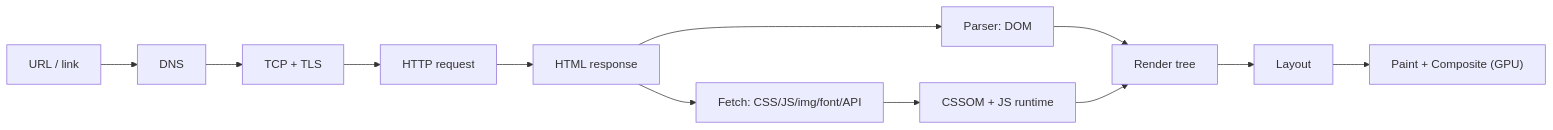
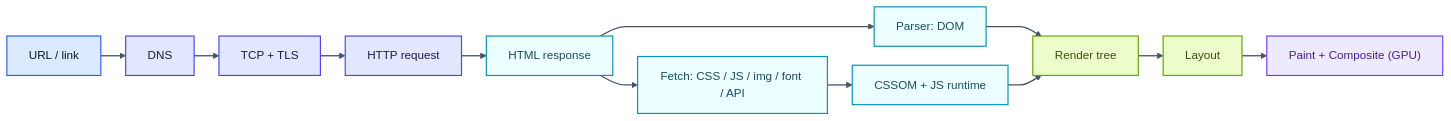
Before and after one commit to cremarco/gestione-web: the first of 6 diagrams in slides.md, drawn with Mermaid. The commit also changed other lines of this file and 8 other files, not shown here.

````diff
--- a/slides.md
+++ b/slides.md
@@ -395,14 +438,37 @@
 ```mermaid
+%%{init: {'theme': 'base', 'flowchart': {'curve': 'monotoneX', 'nodeSpacing': 26, 'rankSpacing': 34}} }%%
 flowchart LR
-  A["URL / link"] --> B["DNS"]
-  B --> C["TCP + TLS"]
-  C --> D["HTTP request"]
-  D --> E["HTML response"]
-  E --> F["Parser: DOM"]
-  E --> G["Fetch: CSS/JS/img/font/API"]
-  G --> H["CSSOM + JS runtime"]
-  F --> I["Render tree"]
+  A["URL / link"]
+  B["DNS"]
+  C["TCP + TLS"]
+  D["HTTP request"]
+  E["HTML response"]
+  F["Parser: DOM"]
+  G["Fetch: CSS / JS / img / font / API"]
+  H["CSSOM + JS runtime"]
+  I["Render tree"]
+  J["Layout"]
+  K["Paint + Composite (GPU)"]
+
+  A --> B --> C --> D --> E
+  E --> F
+  E --> G
+  G --> H
+  F --> I
   H --> I
-  I --> J["Layout"]
-  J --> K["Paint + Composite (GPU)"]
+  I --> J --> K
+
+  classDef edge fill:#dbeafe,stroke:#2563eb,color:#0f172a,stroke-width:1.6px;
+  classDef transport fill:#e0e7ff,stroke:#4f46e5,color:#1e1b4b,stroke-width:1.6px;
+  classDef processing fill:#ecfeff,stroke:#0891b2,color:#164e63,stroke-width:1.6px;
+  classDef render fill:#ecfccb,stroke:#65a30d,color:#365314,stroke-width:1.6px;
+  classDef output fill:#ede9fe,stroke:#7c3aed,color:#4c1d95,stroke-width:1.6px;
+
+  class A edge
+  class B,C,D transport
+  class E,F,G,H processing
+  class I,J render
+  class K output
+
+  linkStyle default stroke:#334155,stroke-width:1.8px,opacity:0.9
 ```
````
